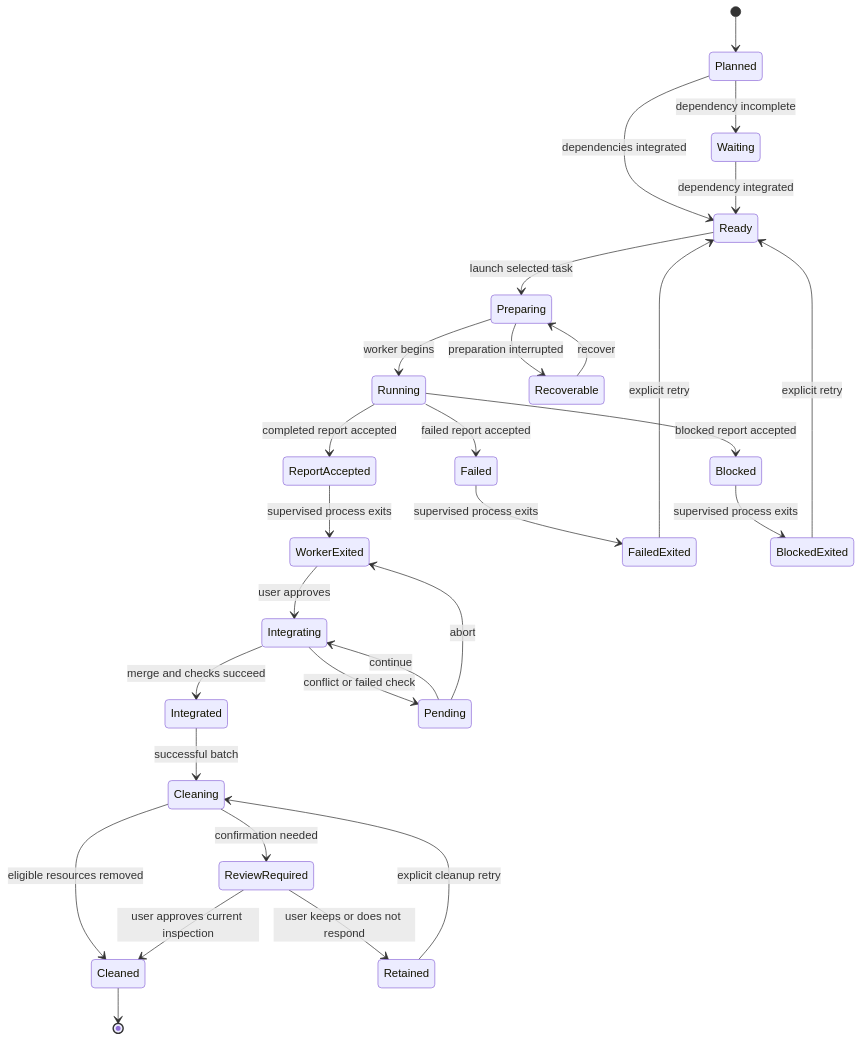
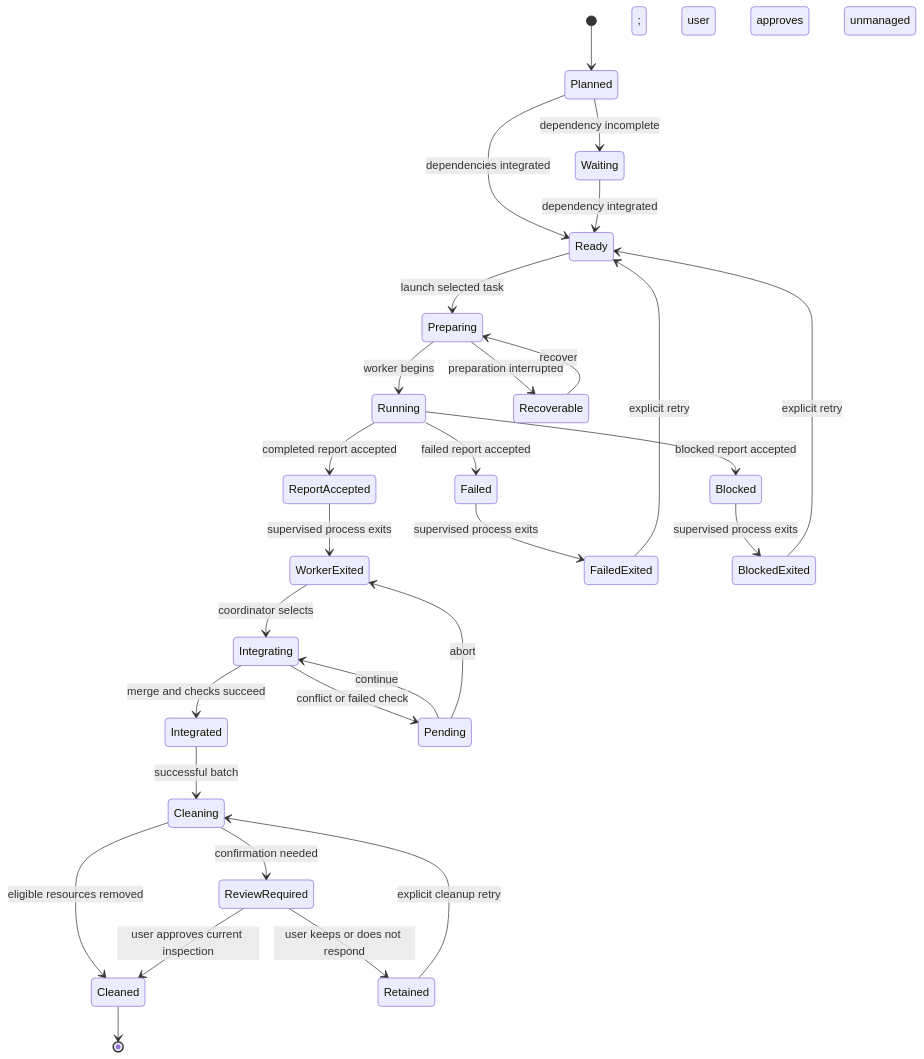
One commit to vfedoriv/openspec-runner changed the fifth of 5 diagrams in README.md. Above: the diagram before and after it, drawn with Mermaid. The commit also changed other lines of this file, not shown here.

````diff
--- a/README.md
+++ b/README.md
@@ -828,31 +946,31 @@
 ```mermaid
 stateDiagram-v2
     [*] --> Planned
     Planned --> Ready: dependencies integrated
     Planned --> Waiting: dependency incomplete
     Waiting --> Ready: dependency integrated
     Ready --> Preparing: launch selected task
     Preparing --> Running: worker begins
     Preparing --> Recoverable: preparation interrupted
     Recoverable --> Preparing: recover
     Running --> ReportAccepted: completed report accepted
     Running --> Failed: failed report accepted
     Running --> Blocked: blocked report accepted
     ReportAccepted --> WorkerExited: supervised process exits
     Failed --> FailedExited: supervised process exits
     Blocked --> BlockedExited: supervised process exits
-    WorkerExited --> Integrating: user approves
+    WorkerExited --> Integrating: coordinator selects; user approves unmanaged
     Integrating --> Integrated: merge and checks succeed
     Integrating --> Pending: conflict or failed check
     Pending --> Integrating: continue
     Pending --> WorkerExited: abort
     FailedExited --> Ready: explicit retry
     BlockedExited --> Ready: explicit retry
     Integrated --> Cleaning: successful batch
     Cleaning --> Cleaned: eligible resources removed
     Cleaning --> ReviewRequired: confirmation needed
     ReviewRequired --> Cleaned: user approves current inspection
     ReviewRequired --> Retained: user keeps or does not respond
     Retained --> Cleaning: explicit cleanup retry
     Cleaned --> [*]
 ```
````
